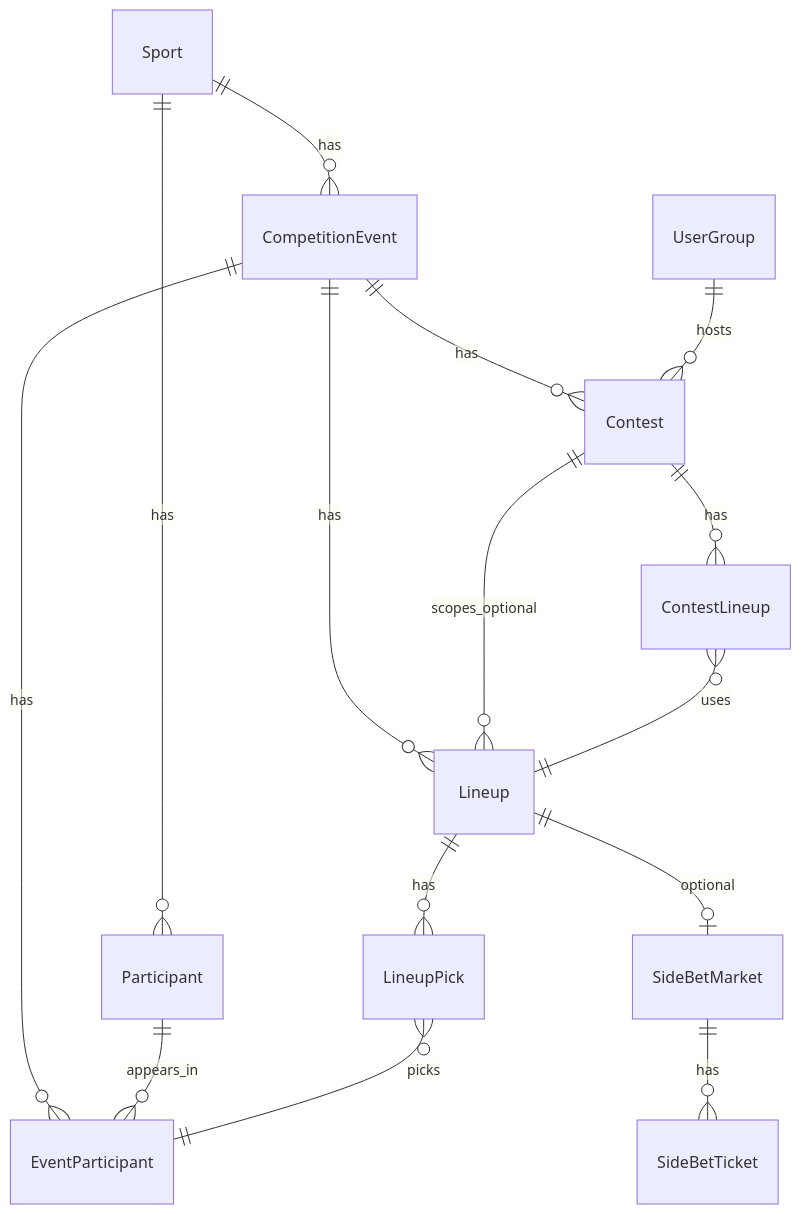
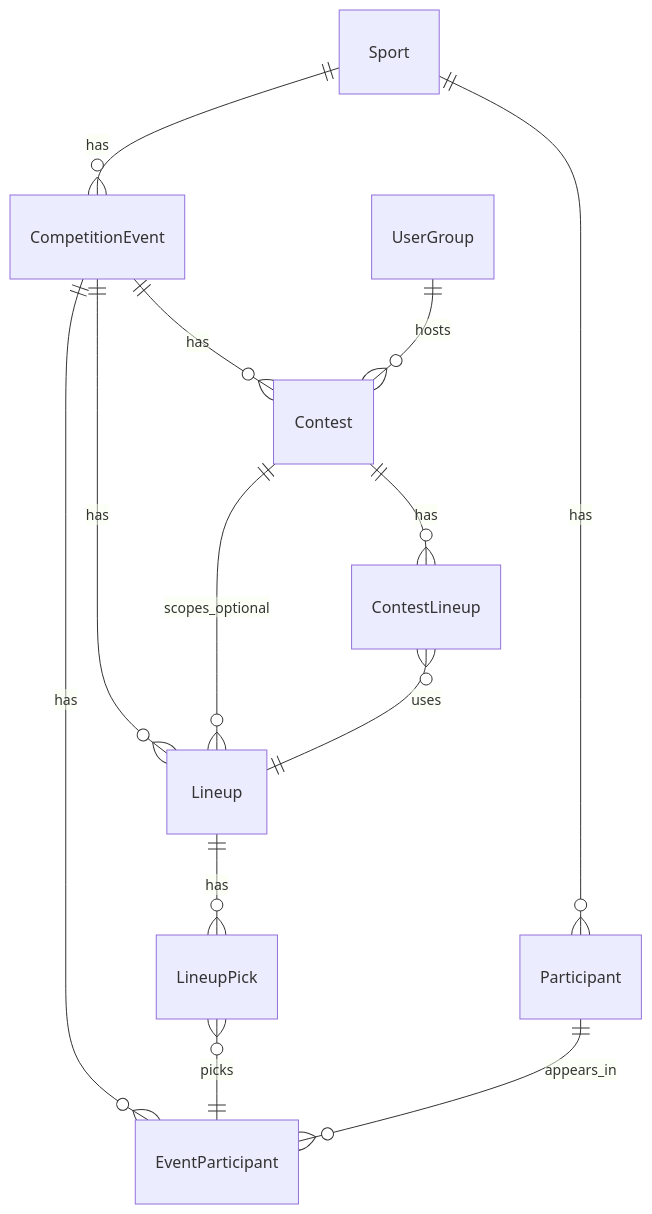
One commit to MagRelo/cut changed the diagram in spec/server/data-models.md. Above: the diagram before and after it, drawn with Mermaid. The commit also changed other lines of this file and 135 other files, not shown here.

First line of the commit message:
Refactor side bet components and remove related logic

````diff
--- a/spec/server/data-models.md
+++ b/spec/server/data-models.md
@@ -144,17 +125,15 @@
 ```mermaid
 erDiagram
   Sport ||--o{ CompetitionEvent : has
   Sport ||--o{ Participant : has
   CompetitionEvent ||--o{ EventParticipant : has
   Participant ||--o{ EventParticipant : appears_in
   CompetitionEvent ||--o{ Lineup : has
   Contest ||--o{ Lineup : scopes_optional
   Lineup ||--o{ LineupPick : has
   LineupPick }o--|| EventParticipant : picks
   CompetitionEvent ||--o{ Contest : has
   UserGroup ||--o{ Contest : hosts
   Contest ||--o{ ContestLineup : has
   ContestLineup }o--|| Lineup : uses
-  Lineup ||--o| SideBetMarket : optional
-  SideBetMarket ||--o{ SideBetTicket : has
 ```
````
